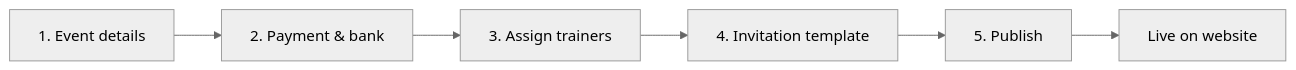
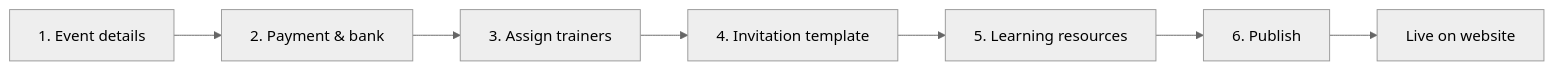
The first of 2 diagrams in EventsFrontend.md (engeliazer/africanhub-api), drawn with Mermaid (neutral theme) before and after one commit. The commit also changed other lines of this file and 10 other files, not shown here.

First line of the commit message:
Add event resources management for learning materials

````diff
--- a/EventsFrontend.md
+++ b/EventsFrontend.md
@@ -68,8 +68,9 @@
 ```mermaid
 flowchart LR
   A[1. Event details] --> B[2. Payment & bank]
   B --> C[3. Assign trainers]
   C --> D[4. Invitation template]
-  D --> E[5. Publish]
-  E --> F[Live on website]
+  D --> E[5. Learning resources]
+  E --> F[6. Publish]
+  F --> G[Live on website]
 ```
````
